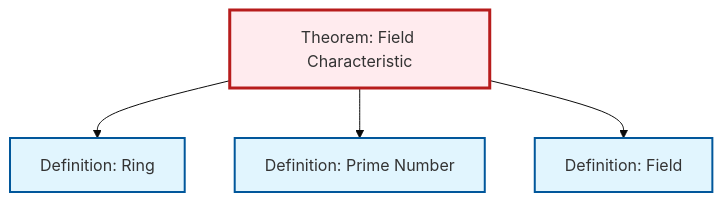
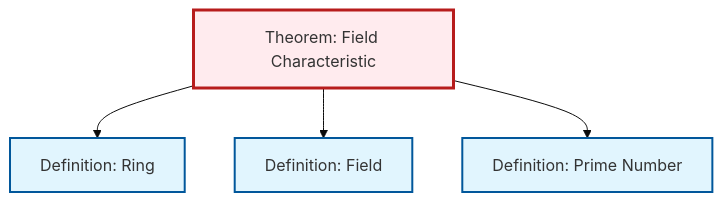
Before and after one commit to RK0429/ModernMath: the diagram in content/ja/algebra/thm-field-characteristic.qmd, drawn with Mermaid (base theme). The commit also changed other lines of this file and 654 other files, not shown here.

````diff
--- a/content/ja/algebra/thm-field-characteristic.qmd
+++ b/content/ja/algebra/thm-field-characteristic.qmd
@@ -54,20 +54,20 @@
 ```{mermaid}
 %%| fig-cap: "Local dependency graph"
 graph TD
     classDef definition fill:#e1f5fe,stroke:#01579b,stroke-width:2px
     classDef theorem fill:#f3e5f5,stroke:#4a148c,stroke-width:2px
     classDef axiom fill:#fff3e0,stroke:#e65100,stroke-width:2px
     classDef example fill:#e8f5e9,stroke:#1b5e20,stroke-width:2px
     classDef current fill:#ffebee,stroke:#b71c1c,stroke-width:3px
     def-ring["Definition: Ring"]:::definition
     def-field["Definition: Field"]:::definition
     thm-field-characteristic["Theorem: Field Characteristic"]:::theorem
     def-prime["Definition: Prime Number"]:::definition
     thm-field-characteristic --> def-ring
+    thm-field-characteristic --> def-field
     thm-field-characteristic --> def-prime
-    thm-field-characteristic --> def-field
     class thm-field-characteristic current
     click def-ring "def-ring.html" "Definition: Ringへ"
     click def-field "def-field.html" "Definition: Fieldへ"
     click def-prime "def-prime.html" "Definition: Prime Numberへ"
 ```
````
